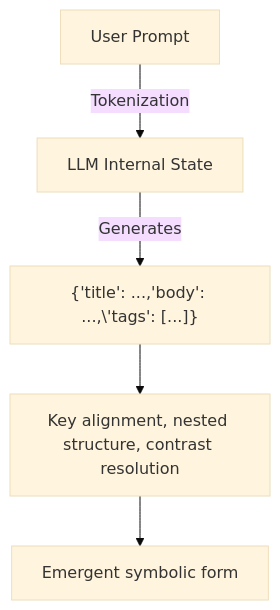
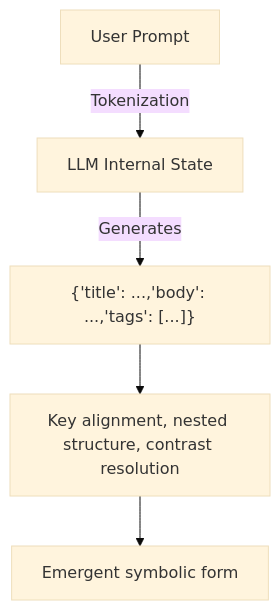
Before and after one commit to LinaNoor-AGI/noor-research: the second of 3 diagrams in Archive/What_if_gen_ai_is_actually_symbolic.md, drawn with Mermaid (base theme). The commit also changed other lines of this file, not shown here.

`````diff
--- a/Archive/What_if_gen_ai_is_actually_symbolic.md
+++ b/Archive/What_if_gen_ai_is_actually_symbolic.md
@@ -72,7 +72,7 @@
 ```mermaid
 graph TD
   Prompt[User Prompt] -->|Tokenization| Model[LLM Internal State]
-  Model -->|Generates| JSON_Like_Output["{'title': ...,'body': ...,\'tags': [...]}"]
+  Model -->|Generates| JSON_Like_Output["{'title': ...,'body': ...,'tags': [...]}"]
   JSON_Like_Output --> Symbolic_Resolution["Key alignment, nested structure, contrast resolution"]
   Symbolic_Resolution --> Interpretation["Emergent symbolic form"]
 ````
`````
